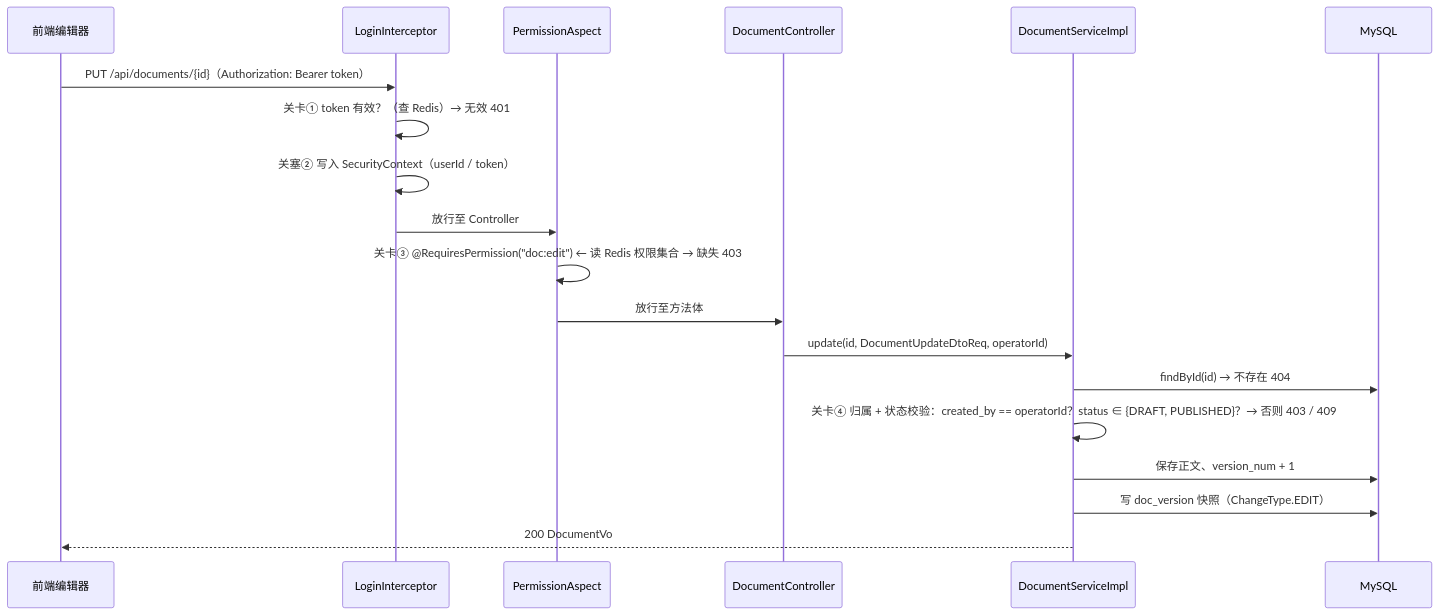
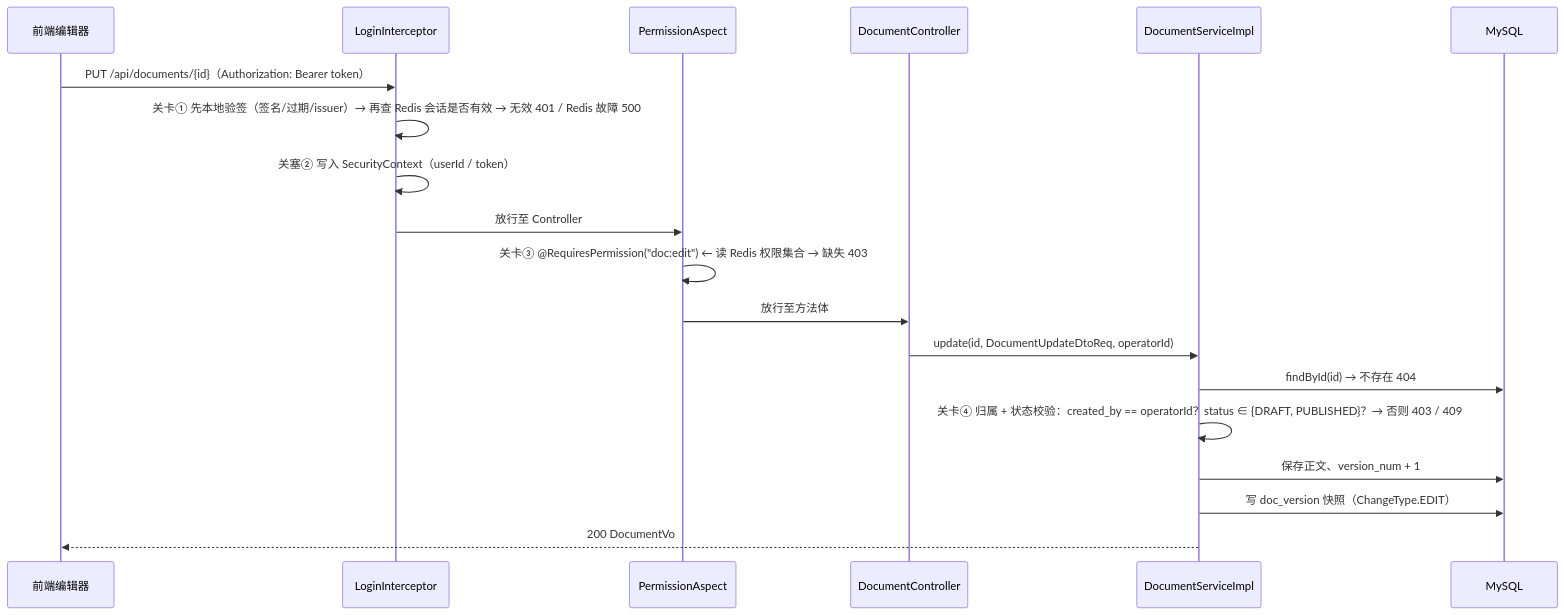
Before and after one commit to RizzyZyaire/campusswap-doc-platform: the third of 5 diagrams in docs/02-design/ARCHITECTURE.md, drawn with Mermaid. The commit also changed other lines of this file and 9 other files, not shown here.

````diff
--- a/docs/02-design/ARCHITECTURE.md
+++ b/docs/02-design/ARCHITECTURE.md
@@ -158,21 +158,21 @@
 ```mermaid
 sequenceDiagram
     participant FE as 前端编辑器
     participant I as LoginInterceptor
     participant A as PermissionAspect
     participant C as DocumentController
     participant S as DocumentServiceImpl
     participant DB as MySQL
     FE->>I: PUT /api/documents/{id}（Authorization: Bearer token）
-    I->>I: 关卡① token 有效？（查 Redis）→ 无效 401
+    I->>I: 关卡① 先本地验签（签名/过期/issuer）→ 再查 Redis 会话是否有效 → 无效 401 / Redis 故障 500
     I->>I: 关塞② 写入 SecurityContext（userId / token）
     I->>A: 放行至 Controller
     A->>A: 关卡③ @RequiresPermission("doc:edit") ← 读 Redis 权限集合 → 缺失 403
     A->>C: 放行至方法体
     C->>S: update(id, DocumentUpdateDtoReq, operatorId)
     S->>DB: findById(id) → 不存在 404
     S->>S: 关卡④ 归属 + 状态校验：created_by == operatorId？status ∈ {DRAFT, PUBLISHED}？→ 否则 403 / 409
     S->>DB: 保存正文、version_num + 1
     S->>DB: 写 doc_version 快照（ChangeType.EDIT）
     S-->>FE: 200 DocumentVo
 ```
````
